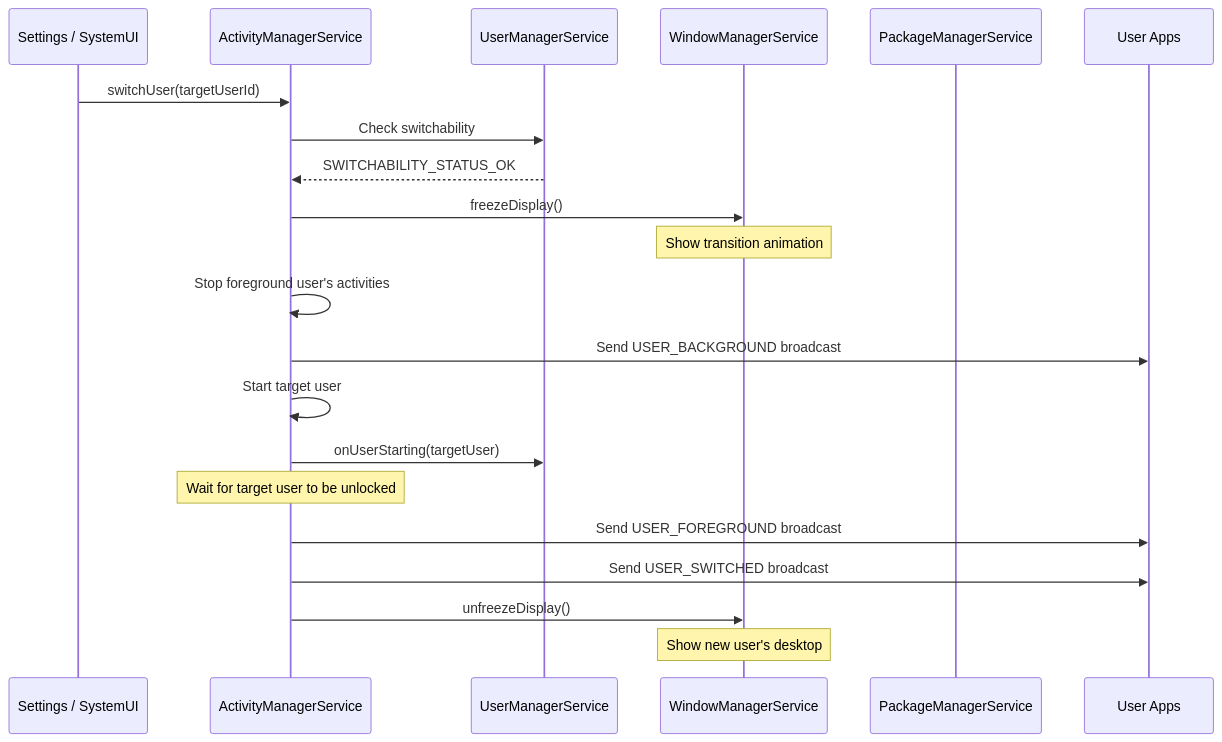
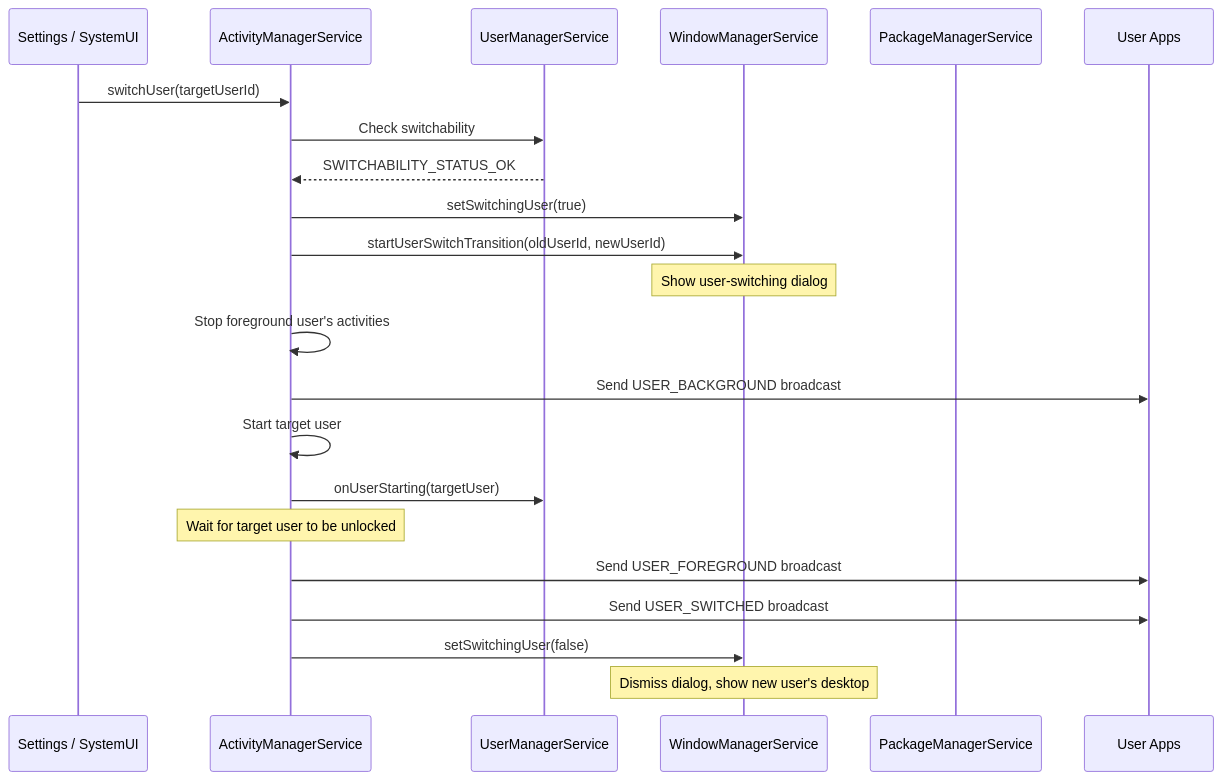
Diagram 13 of 28 in 31-multi-user.md (aospbooks/aosp-internal-book), drawn with Mermaid before and after one commit. The commit also changed other lines of this file and 218 other files, not shown here.

````diff
--- a/31-multi-user.md
+++ b/31-multi-user.md
@@ -1519,29 +1535,30 @@
 ```mermaid
 sequenceDiagram
     participant UI as Settings / SystemUI
     participant AM as ActivityManagerService
     participant UMS as UserManagerService
     participant WM as WindowManagerService
     participant PKG as PackageManagerService
     participant APPS as User Apps
 
     UI->>AM: switchUser(targetUserId)
     AM->>UMS: Check switchability
     UMS-->>AM: SWITCHABILITY_STATUS_OK
 
-    AM->>WM: freezeDisplay()
-    Note over WM: Show transition animation
+    AM->>WM: setSwitchingUser(true)
+    AM->>WM: startUserSwitchTransition(oldUserId, newUserId)
+    Note over WM: Show user-switching dialog
 
     AM->>AM: Stop foreground user's activities
     AM->>APPS: Send USER_BACKGROUND broadcast
 
     AM->>AM: Start target user
     AM->>UMS: onUserStarting(targetUser)
 
     Note over AM: Wait for target user to be unlocked
 
     AM->>APPS: Send USER_FOREGROUND broadcast
     AM->>APPS: Send USER_SWITCHED broadcast
-    AM->>WM: unfreezeDisplay()
-    Note over WM: Show new user's desktop
+    AM->>WM: setSwitchingUser(false)
+    Note over WM: Dismiss dialog, show new user's desktop
 ```
````
